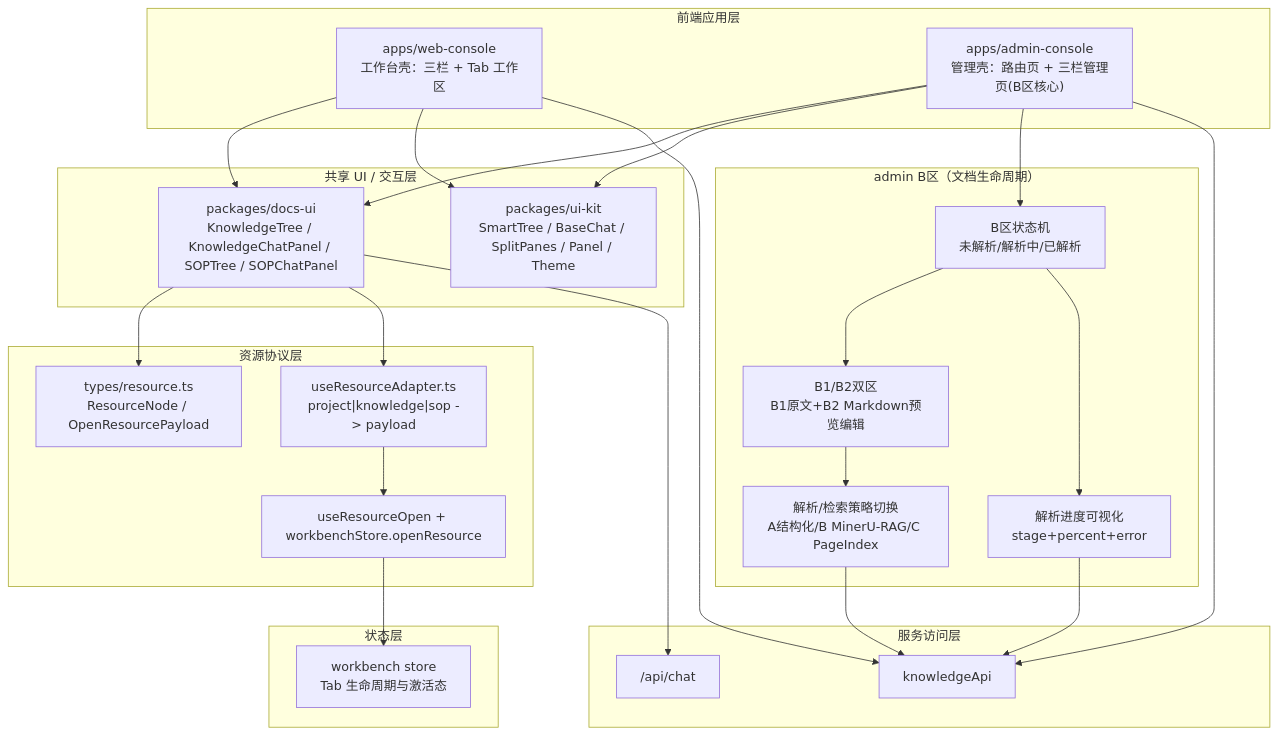
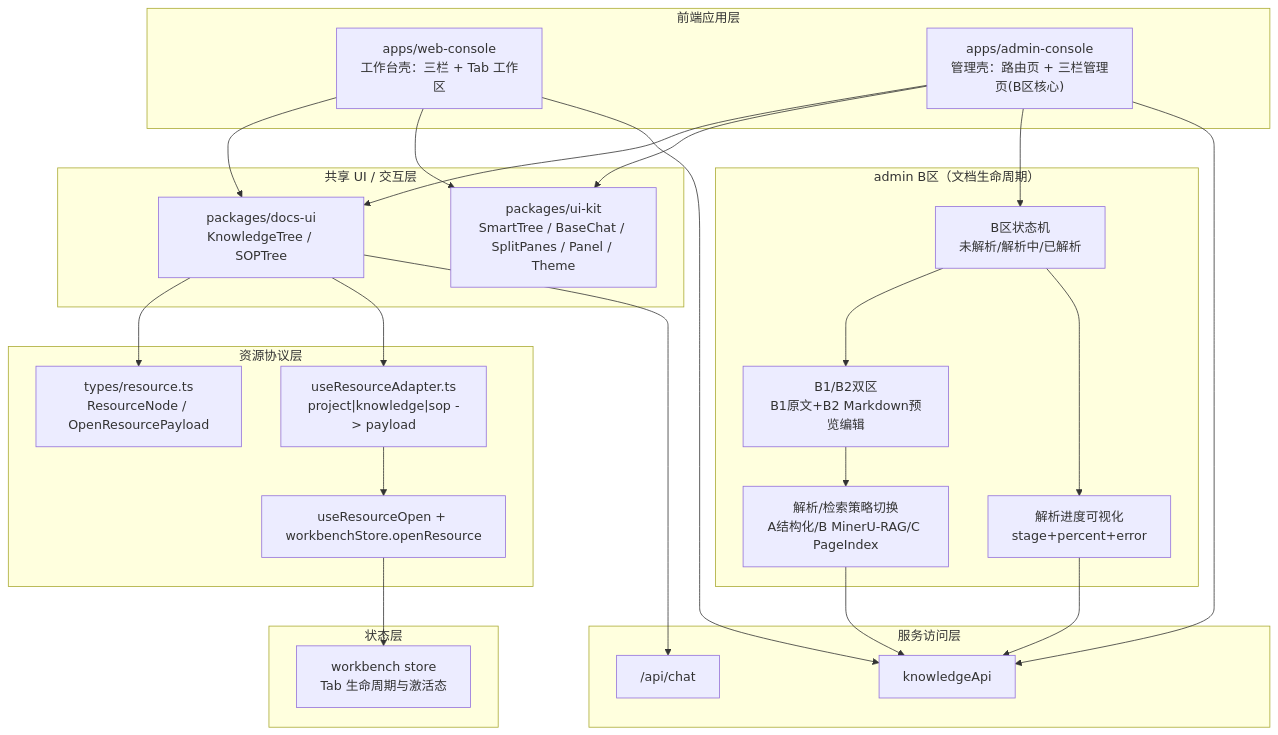
The second of 6 diagrams in docs/apps-techniques.md (0mao0/AnGIneer), drawn with Mermaid before and after one commit. The commit also changed other lines of this file and 124 other files, not shown here.

````diff
--- a/docs/apps-techniques.md
+++ b/docs/apps-techniques.md
@@ -131,54 +131,54 @@
 ```mermaid
 flowchart TB
   subgraph Apps["前端应用层"]
     Web["apps/web-console\n工作台壳：三栏 + Tab 工作区"]
     Admin["apps/admin-console\n管理壳：路由页 + 三栏管理页(B区核心)"]
   end
 
   subgraph SharedUI["共享 UI / 交互层"]
-    DocsUI["packages/docs-ui\nKnowledgeTree / KnowledgeChatPanel / SOPTree / SOPChatPanel"]
+    DocsUI["packages/docs-ui\nKnowledgeTree / SOPTree"]
     UIKit["packages/ui-kit\nSmartTree / BaseChat / SplitPanes / Panel / Theme"]
   end
 
   subgraph AdminB["admin B区（文档生命周期）"]
     BState["B区状态机\n未解析/解析中/已解析"]
     BSplit["B1/B2双区\nB1原文+B2 Markdown预览编辑"]
     Strategy["解析/检索策略切换\nA结构化/B MinerU-RAG/C PageIndex"]
     Prog["解析进度可视化\nstage+percent+error"]
   end
 
   subgraph ResourceCore["资源协议层"]
     Types["types/resource.ts\nResourceNode / OpenResourcePayload"]
     Adapter["useResourceAdapter.ts\nproject|knowledge|sop -> payload"]
     OpenFlow["useResourceOpen + workbenchStore.openResource"]
   end
 
   subgraph State["状态层"]
     WB["workbench store\nTab 生命周期与激活态"]
   end
 
   subgraph API["服务访问层"]
     KApi["knowledgeApi"]
     CApi["/api/chat"]
   end
 
   Web --> DocsUI
   Web --> UIKit
   Admin --> DocsUI
   Admin --> UIKit
   Admin --> BState
   BState --> BSplit
   BState --> Prog
   BSplit --> Strategy
 
   DocsUI --> Types
   DocsUI --> Adapter
   Adapter --> OpenFlow
   OpenFlow --> WB
 
   Web --> KApi
   Admin --> KApi
   DocsUI --> CApi
   Strategy --> KApi
   Prog --> KApi
 ```
````
